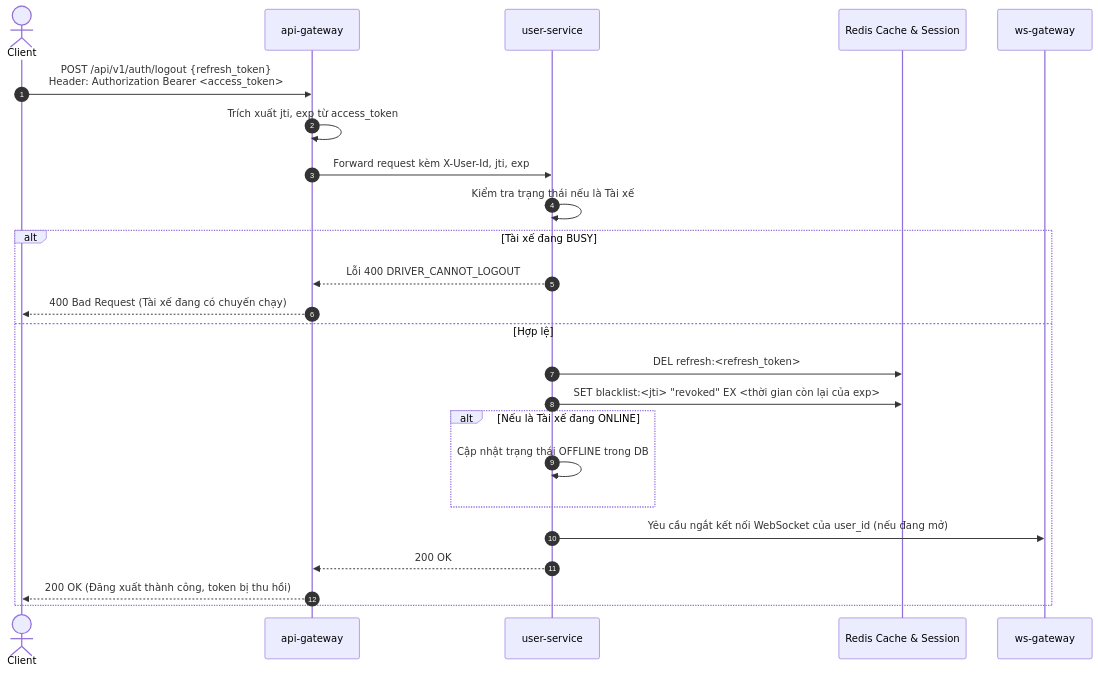
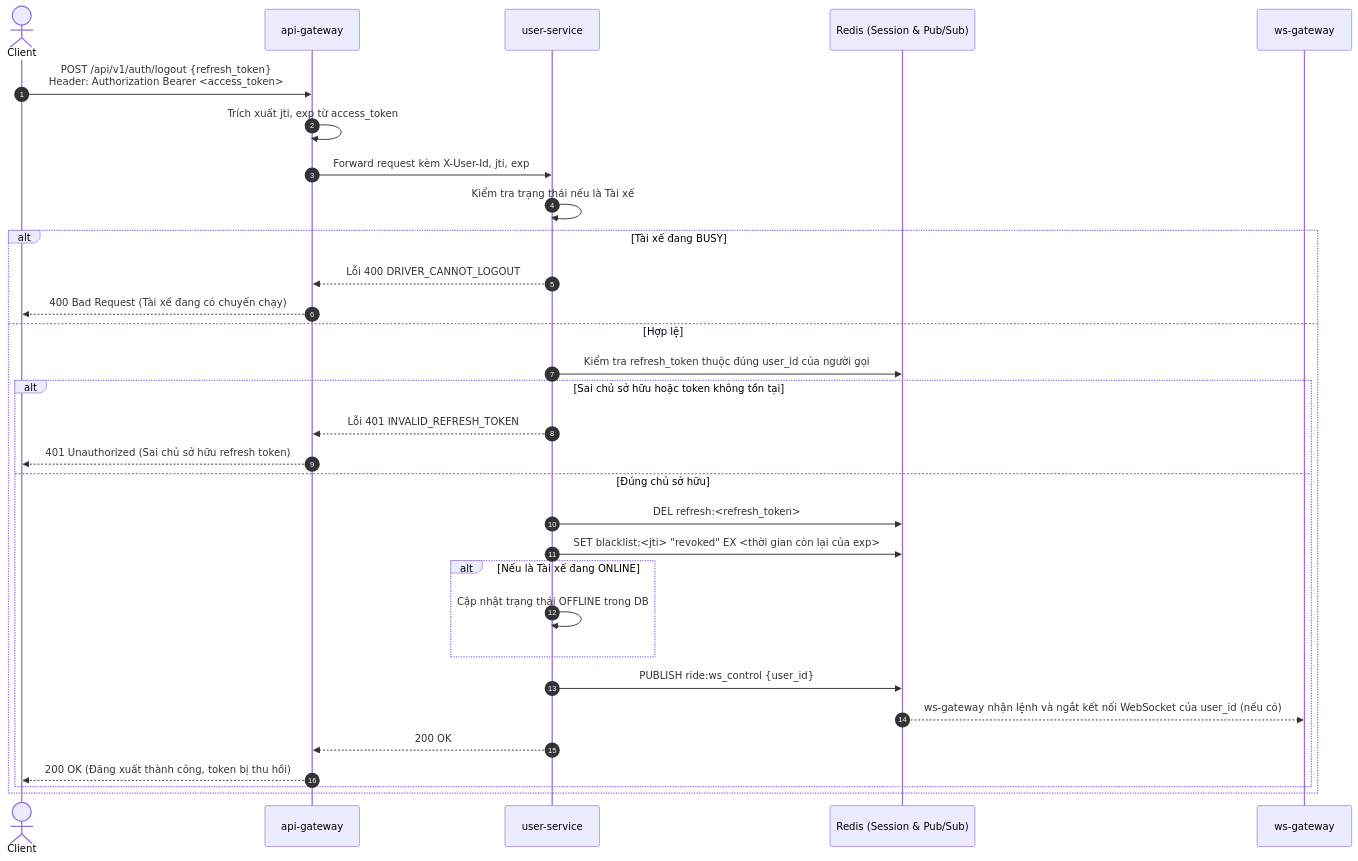
Before and after one commit to HaiTrieu186/JB-IOC-PTHB251125_BE105_Devops_Ride_Hailling: the third of 3 diagrams in docs/02-use-cases/uc-01-tai-khoan.md, drawn with Mermaid. The commit also changed other lines of this file and 5 other files, not shown here.

````diff
--- a/docs/02-use-cases/uc-01-tai-khoan.md
+++ b/docs/02-use-cases/uc-01-tai-khoan.md
@@ -66,27 +67,34 @@
 ```mermaid
 sequenceDiagram
     autonumber
     actor Client as Client
     participant Gateway as api-gateway
     participant UserSvc as user-service
-    participant Redis as Redis Cache & Session
+    participant Redis as Redis (Session & Pub/Sub)
     participant WSGateway as ws-gateway
 
     Client->>Gateway: POST /api/v1/auth/logout {refresh_token}<br>Header: Authorization Bearer <access_token>
     Gateway->>Gateway: Trích xuất jti, exp từ access_token
     Gateway->>UserSvc: Forward request kèm X-User-Id, jti, exp
     UserSvc->>UserSvc: Kiểm tra trạng thái nếu là Tài xế
     alt Tài xế đang BUSY
         UserSvc-->>Gateway: Lỗi 400 DRIVER_CANNOT_LOGOUT
         Gateway-->>Client: 400 Bad Request (Tài xế đang có chuyến chạy)
     else Hợp lệ
-        UserSvc->>Redis: DEL refresh:<refresh_token>
-        UserSvc->>Redis: SET blacklist:<jti> "revoked" EX <thời gian còn lại của exp>
-        alt Nếu là Tài xế đang ONLINE
-            UserSvc->>UserSvc: Cập nhật trạng thái OFFLINE trong DB
+        UserSvc->>Redis: Kiểm tra refresh_token thuộc đúng user_id của người gọi
+        alt Sai chủ sở hữu hoặc token không tồn tại
+            UserSvc-->>Gateway: Lỗi 401 INVALID_REFRESH_TOKEN
+            Gateway-->>Client: 401 Unauthorized (Sai chủ sở hữu refresh token)
+        else Đúng chủ sở hữu
+            UserSvc->>Redis: DEL refresh:<refresh_token>
+            UserSvc->>Redis: SET blacklist:<jti> "revoked" EX <thời gian còn lại của exp>
+            alt Nếu là Tài xế đang ONLINE
+                UserSvc->>UserSvc: Cập nhật trạng thái OFFLINE trong DB
+            end
+            UserSvc->>Redis: PUBLISH ride:ws_control {user_id}
+            Redis-->>WSGateway: ws-gateway nhận lệnh và ngắt kết nối WebSocket của user_id (nếu có)
+            UserSvc-->>Gateway: 200 OK
+            Gateway-->>Client: 200 OK (Đăng xuất thành công, token bị thu hồi)
         end
-        UserSvc->>WSGateway: Yêu cầu ngắt kết nối WebSocket của user_id (nếu đang mở)
-        UserSvc-->>Gateway: 200 OK
-        Gateway-->>Client: 200 OK (Đăng xuất thành công, token bị thu hồi)
     end
 ```
````
